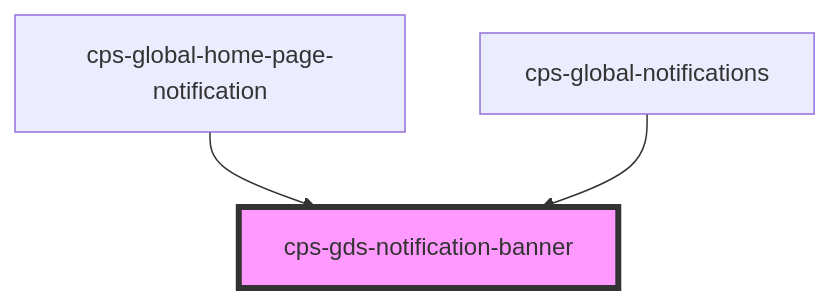
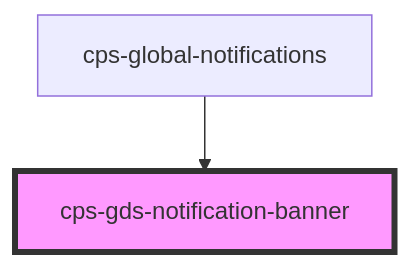
Before and after one commit to CPS-Innovation/global-components: the diagram in packages/cps-global-components/src/components/cps-gds-notification-banner/readme.md, drawn with Mermaid. The commit also changed other lines of this file and 37 other files, not shown here.

````diff
--- a/packages/cps-global-components/src/components/cps-gds-notification-banner/readme.md
+++ b/packages/cps-global-components/src/components/cps-gds-notification-banner/readme.md
@@ -52,6 +51,5 @@
 ```mermaid
 graph TD;
-  cps-global-home-page-notification --> cps-gds-notification-banner
   cps-global-notifications --> cps-gds-notification-banner
   style cps-gds-notification-banner fill:#f9f,stroke:#333,stroke-width:4px
 ```
````
